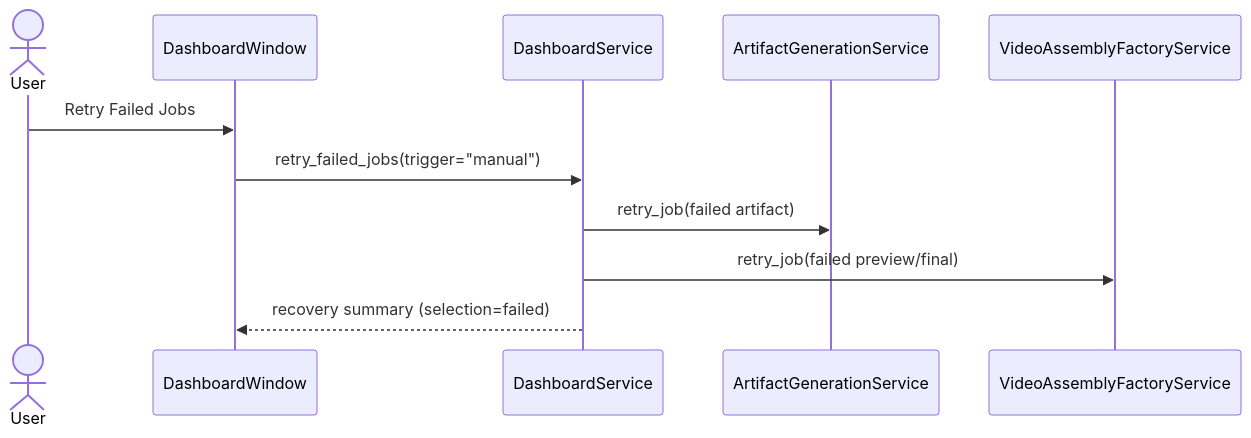
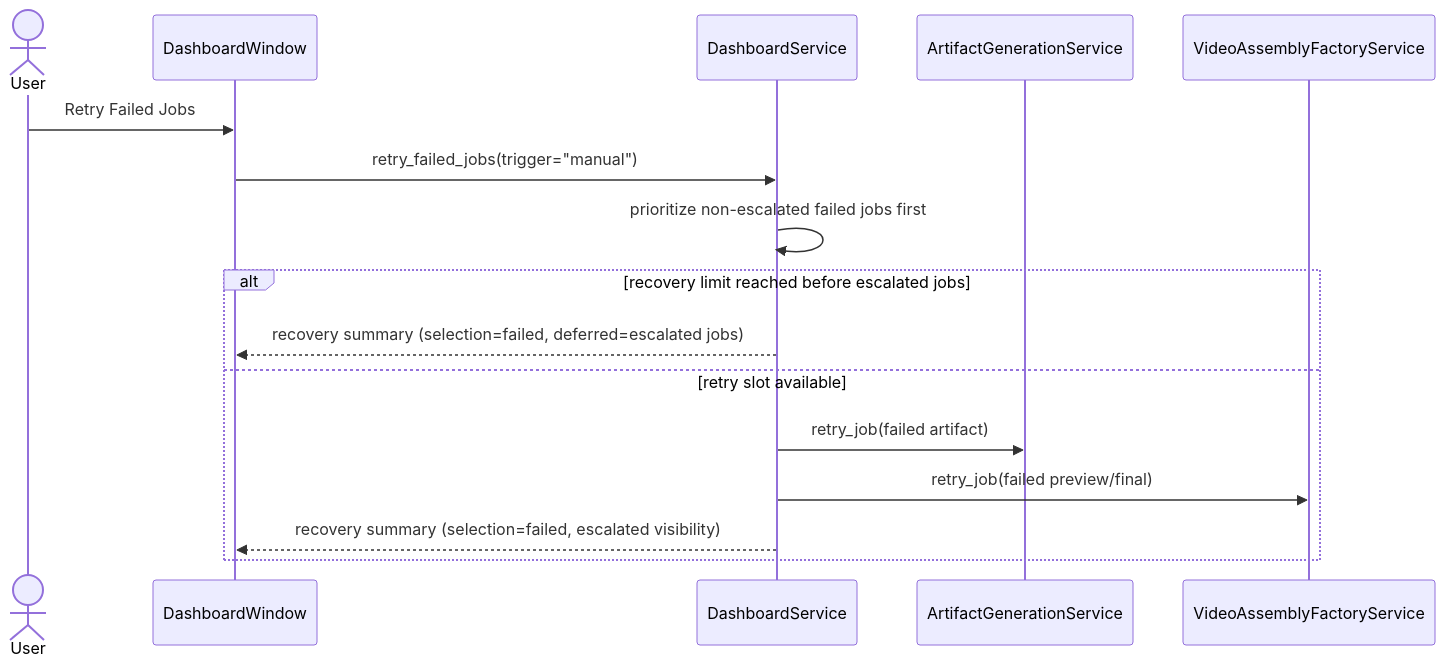
One commit to idev006/MTClipFactory changed diagram 11 of 13 in doc/10_UML_System_Overview.md. Above: the diagram before and after it, drawn with Mermaid. The commit also changed other lines of this file and 26 other files, not shown here.

````diff
--- a/doc/10_UML_System_Overview.md
+++ b/doc/10_UML_System_Overview.md
@@ -477,14 +490,19 @@
 ```mermaid
 sequenceDiagram
     actor User
     participant DashView as DashboardWindow
     participant Dash as DashboardService
     participant Artifact as ArtifactGenerationService
     participant Factory as VideoAssemblyFactoryService
 
     User->>DashView: Retry Failed Jobs
     DashView->>Dash: retry_failed_jobs(trigger="manual")
-    Dash->>Artifact: retry_job(failed artifact)
-    Dash->>Factory: retry_job(failed preview/final)
-    Dash-->>DashView: recovery summary (selection=failed)
+    Dash->>Dash: prioritize non-escalated failed jobs first
+    alt recovery limit reached before escalated jobs
+        Dash-->>DashView: recovery summary (selection=failed, deferred=escalated jobs)
+    else retry slot available
+        Dash->>Artifact: retry_job(failed artifact)
+        Dash->>Factory: retry_job(failed preview/final)
+        Dash-->>DashView: recovery summary (selection=failed, escalated visibility)
+    end
 ```
````
